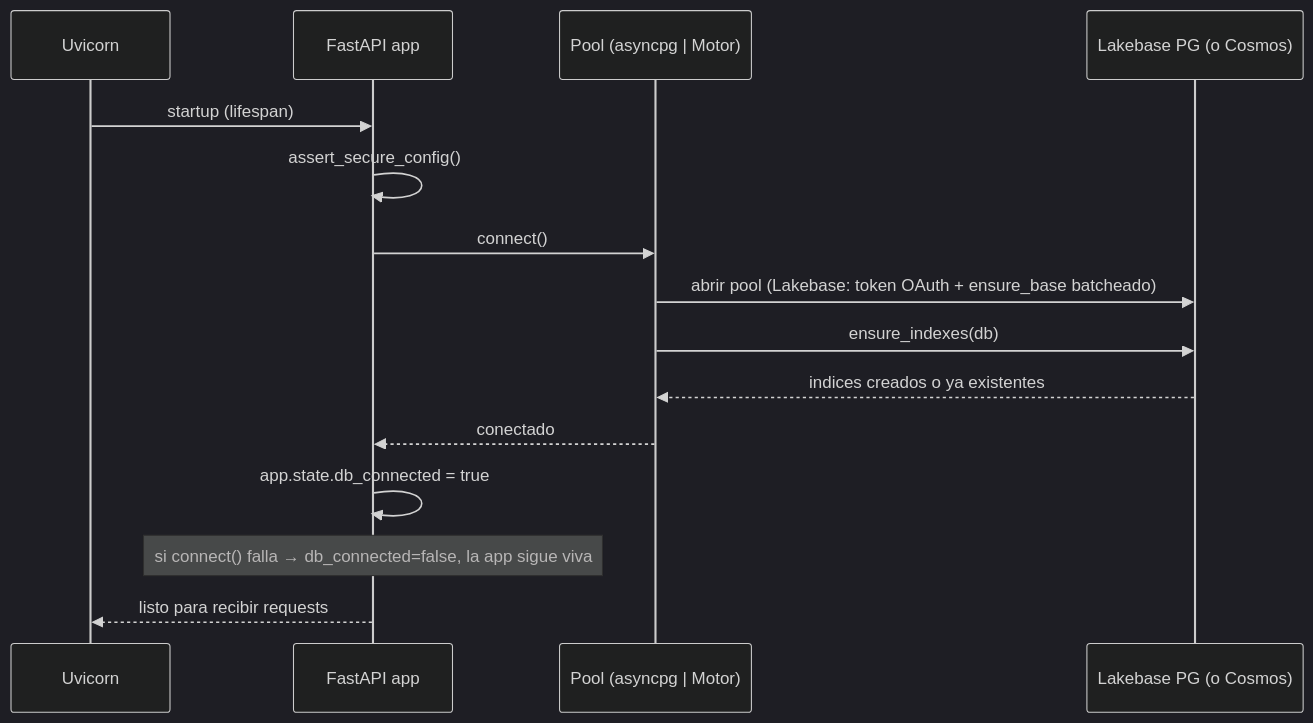
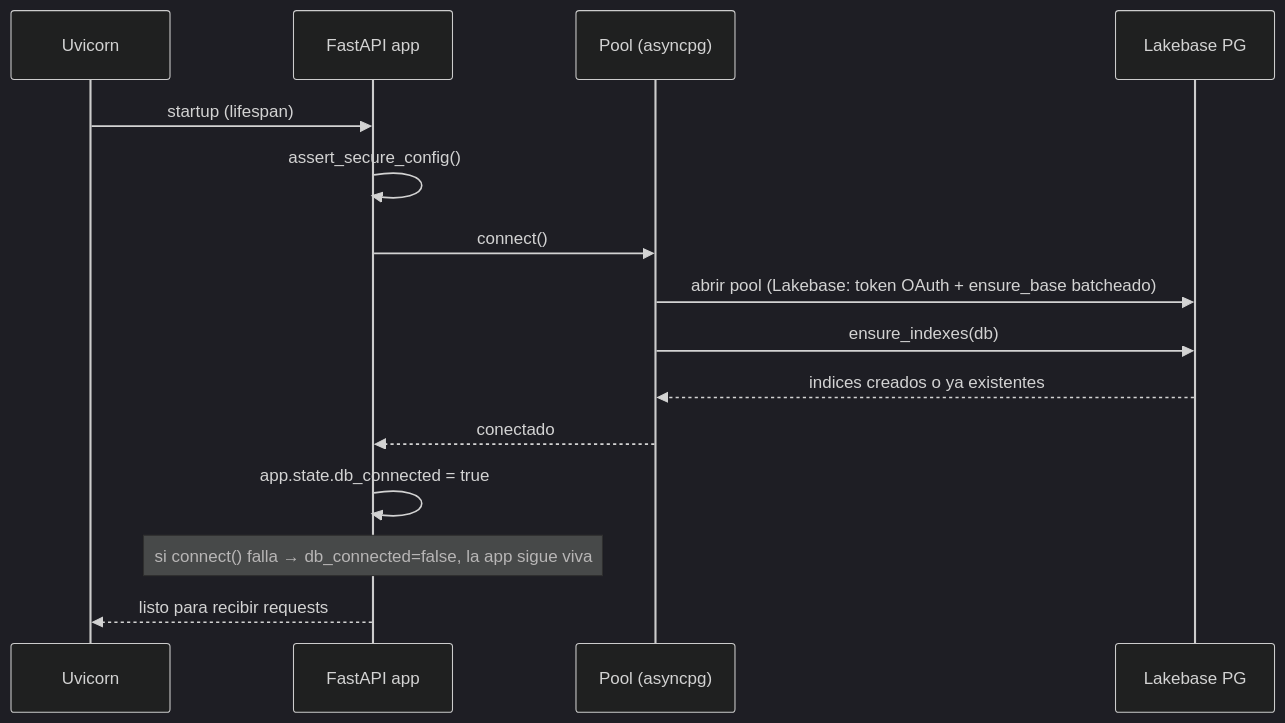
The second of 4 diagrams in doc/despliegue.md (Carlosmps97/backend-data-model-hub), drawn with Mermaid (dark theme) before and after one commit. The commit also changed other lines of this file and 20 other files, not shown here.

````diff
--- a/doc/despliegue.md
+++ b/doc/despliegue.md
@@ -400,18 +399,18 @@
 ```mermaid
 sequenceDiagram
     participant U as Uvicorn
     participant A as FastAPI app
-    participant P as Pool (asyncpg | Motor)
-    participant B as Lakebase PG (o Cosmos)
+    participant P as Pool (asyncpg)
+    participant B as Lakebase PG
 
     U->>A: startup (lifespan)
     A->>A: assert_secure_config()
-    A->>P: connect()  # según DB_BACKEND
+    A->>P: connect()
     P->>B: abrir pool (Lakebase: token OAuth + ensure_base batcheado)
     P->>B: ensure_indexes(db)
     B-->>P: indices creados o ya existentes
     P-->>A: conectado
     A->>A: app.state.db_connected = true
     Note over A: si connect() falla → db_connected=false, la app sigue viva
     A-->>U: listo para recibir requests
 ```
````
